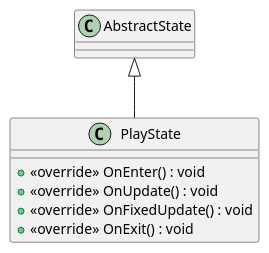
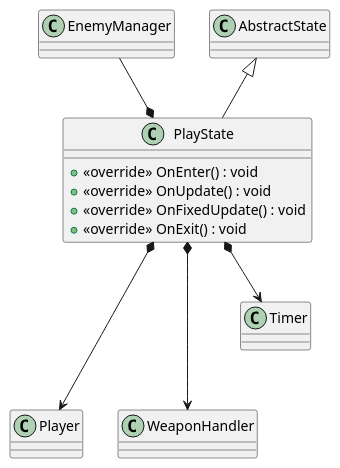
Before and after one commit to hiroshi-mcbride/kmgdev-game-arch2: the diagram in Assets/UML/Scripts/Game/PlayState.puml, drawn with PlantUML. The commit also changed 30 other files, not shown here.

Commit message:
add IStateRunner fsm dependency. update uml

```diff
--- a/Assets/UML/Scripts/Game/PlayState.puml
+++ b/Assets/UML/Scripts/Game/PlayState.puml
@@ -1,9 +1,13 @@
 @startuml
 class PlayState {
     + <<override>> OnEnter() : void
     + <<override>> OnUpdate() : void
     + <<override>> OnFixedUpdate() : void
     + <<override>> OnExit() : void
 }
 AbstractState <|-- PlayState
+PlayState *-up- EnemyManager
+PlayState *---> Player
+PlayState *---> WeaponHandler
+PlayState *--> Timer
 @enduml
```
